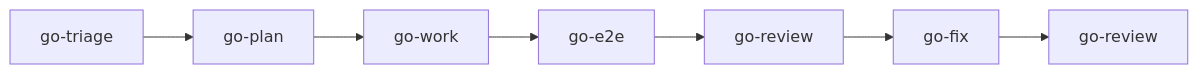
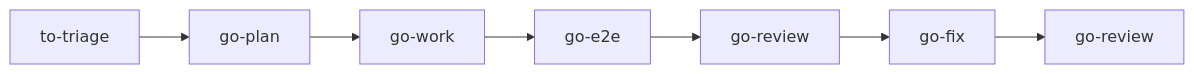
One commit to le0u0/just-do-it changed the second of 2 diagrams in docs/justaway.md. Above: the diagram before and after it, drawn with Mermaid. The commit also changed other lines of this file and 22 other files, not shown here.

````diff
--- a/docs/justaway.md
+++ b/docs/justaway.md
@@ -56,4 +56,4 @@
 ```mermaid
 flowchart LR
-    T[go-triage] --> P[go-plan] --> W[go-work] --> E[go-e2e] --> R[go-review] --> F[go-fix] --> R2[go-review]
+    T[to-triage] --> P[go-plan] --> W[go-work] --> E[go-e2e] --> R[go-review] --> F[go-fix] --> R2[go-review]
 ```
````
